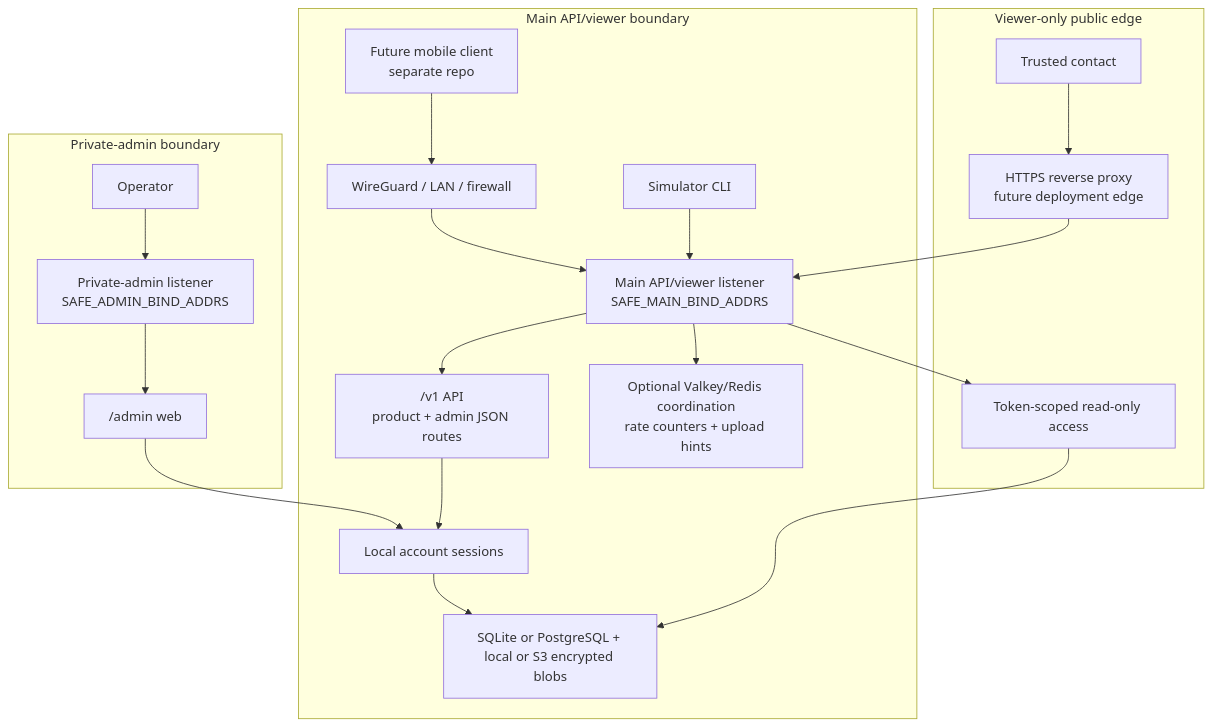
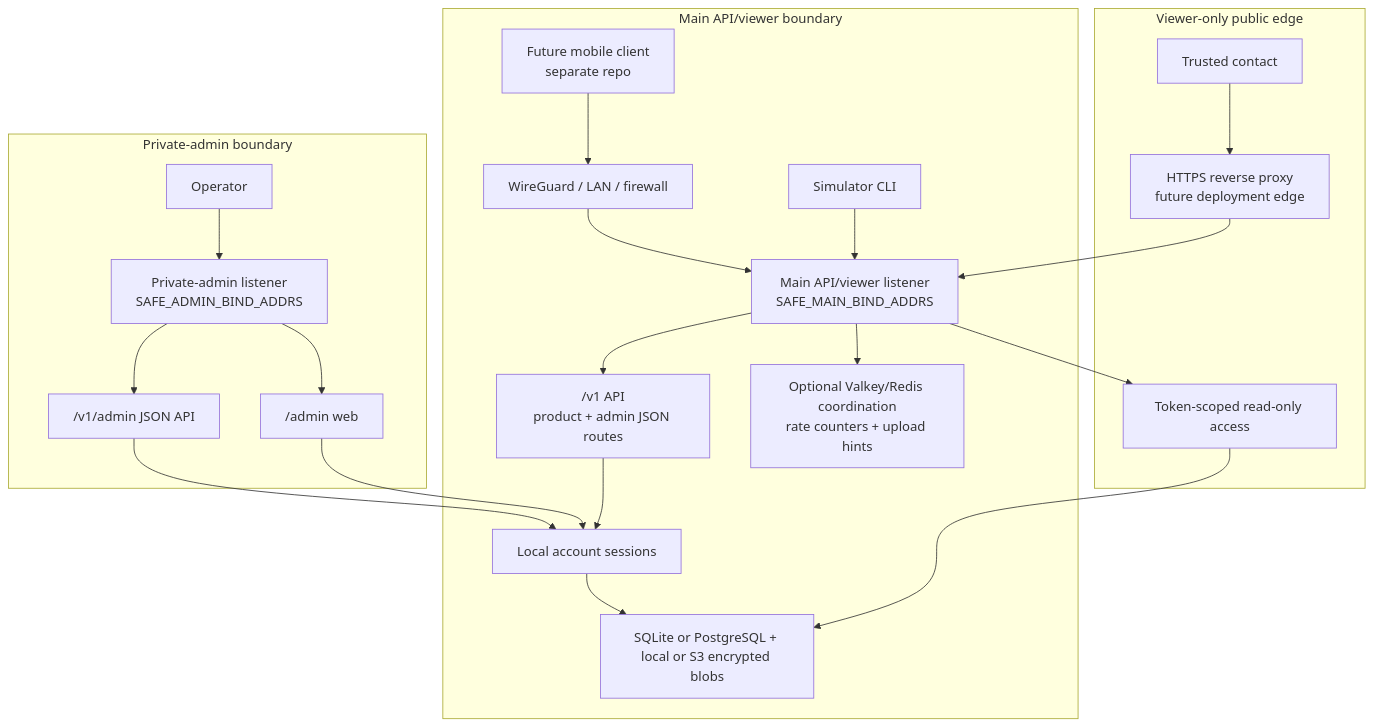
The second of 4 diagrams in docs/architecture.md (TheSilkky/safety-recorder), drawn with Mermaid before and after one commit. The commit also changed other lines of this file and 19 other files, not shown here.

Commit message:
Move admin API routes to private listener (#208)

````diff
--- a/docs/architecture.md
+++ b/docs/architecture.md
@@ -105,25 +105,27 @@
 ```mermaid
 flowchart TB
     subgraph MainBoundary["Main API/viewer boundary"]
         FuturePhone["Future mobile client<br/>separate repo"] --> WireGuard["WireGuard / LAN / firewall"]
         Simulator["Simulator CLI"] --> MainListener["Main API/viewer listener<br/>SAFE_MAIN_BIND_ADDRS"]
         WireGuard --> MainListener
         MainListener --> V1["/v1 API<br/>product + admin JSON routes"]
         V1 --> Auth["Local account sessions"]
         Auth --> Storage["SQLite or PostgreSQL + local or S3 encrypted blobs"]
         MainListener --> Coordination["Optional Valkey/Redis coordination<br/>rate counters + upload hints"]
     end
 
     subgraph PublicEdge["Viewer-only public edge"]
         TrustedContact["Trusted contact"] --> HTTPS["HTTPS reverse proxy<br/>future deployment edge"]
         HTTPS --> MainListener
         MainListener --> ReadOnly["Token-scoped read-only access"]
         ReadOnly --> Storage
     end
 
     subgraph AdminBoundary["Private-admin boundary"]
         AdminClient["Operator"] --> AdminListener["Private-admin listener<br/>SAFE_ADMIN_BIND_ADDRS"]
+        AdminListener --> AdminAPI["/v1/admin JSON API"]
         AdminListener --> AdminWeb["/admin web"]
+        AdminAPI --> Auth
         AdminWeb --> Auth
     end
 ```
````
